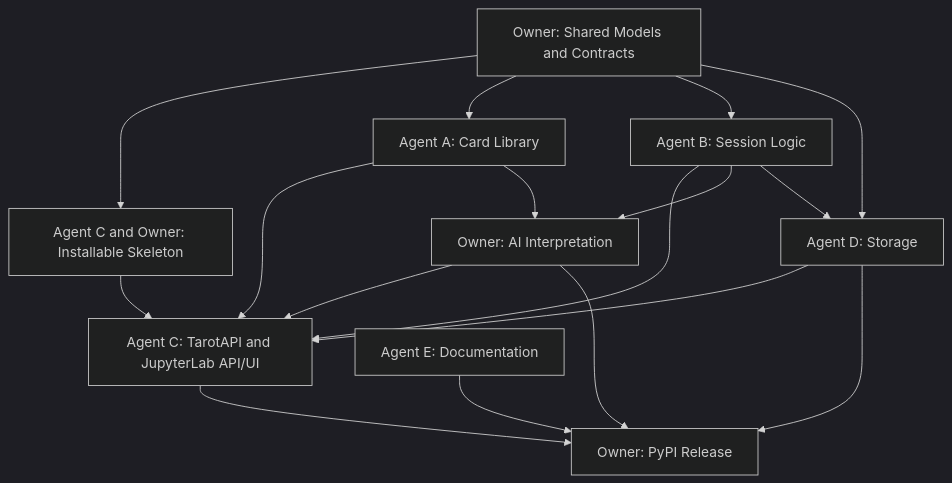
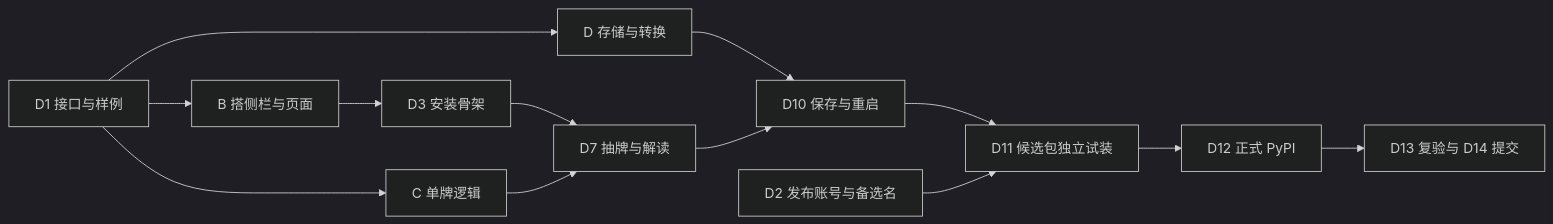
The diagram in Plan.md (Elia-wxr/Project), drawn with Mermaid (dark theme) before and after one commit. The commit also changed other lines of this file and 24 other files, not shown here.

````diff
--- a/Plan.md
+++ b/Plan.md
@@ -973,19 +410,15 @@
 ```mermaid
-flowchart TD
-    M[Owner: Shared Models and Contracts] --> S[Agent C and Owner: Installable Skeleton]
-    M --> A[Agent A: Card Library]
-    M --> B[Agent B: Session Logic]
-    M --> D[Agent D: Storage]
-    S --> C[Agent C: TarotAPI and JupyterLab API/UI]
-    A --> C
-    B --> C
-    D --> C
-    A --> AI[Owner: AI Interpretation]
-    B --> AI
-    AI --> C
-    B --> D
-    E[Agent E: Documentation] --> Release[Owner: PyPI Release]
-    C --> Release
-    D --> Release
-    AI --> Release
+flowchart LR
+    Contract[D1 接口与样例] --> Sidebar[B 搭侧栏与页面]
+    Contract --> Cards[C 单牌逻辑]
+    Contract --> Storage[D 存储与转换]
+    Sidebar --> Skeleton[D3 安装骨架]
+    Skeleton --> Flow[D7 抽牌与解读]
+    Cards --> Flow
+    Storage --> History[D10 保存与重启]
+    Flow --> History
+    History --> Candidate[D11 候选包独立试装]
+    Accounts[D2 发布账号与备选名] --> Candidate
+    Candidate --> Publish[D12 正式 PyPI]
+    Publish --> Verify[D13 复验与 D14 提交]
 ```
````
